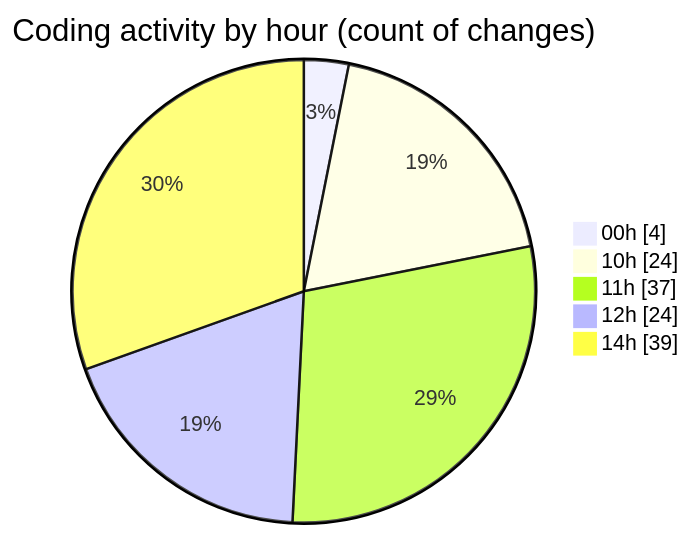
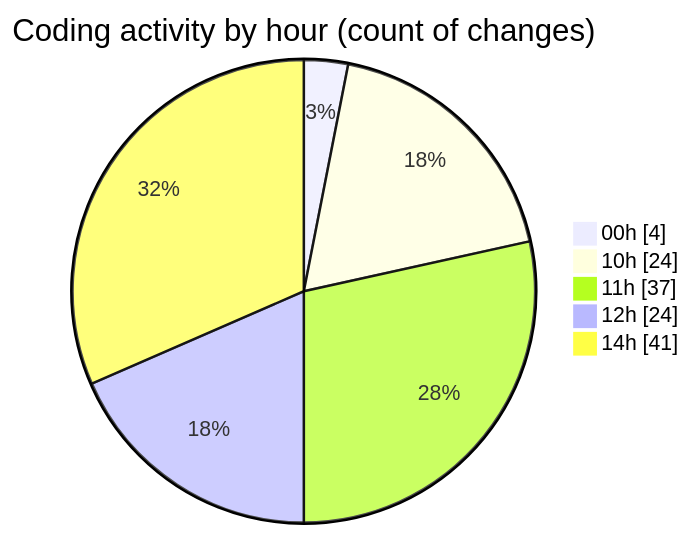
Before and after one commit to Netris89/code-tracking: the second of 2 diagrams in 2025-04-04/back-end/README.md, drawn with Mermaid. The commit also changed other lines of this file and 1 other file, not shown here.

````diff
--- a/2025-04-04/back-end/README.md
+++ b/2025-04-04/back-end/README.md
@@ -46,9 +46,9 @@
 ```mermaid
 pie showData
 title Coding activity by hour (count of changes)
 "00h" : 4
 "10h" : 24
 "11h" : 37
 "12h" : 24
-"14h" : 39
+"14h" : 41
 ```
````
